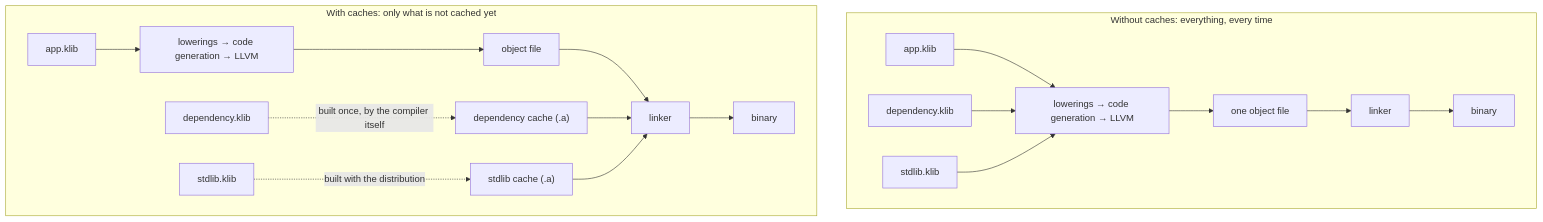
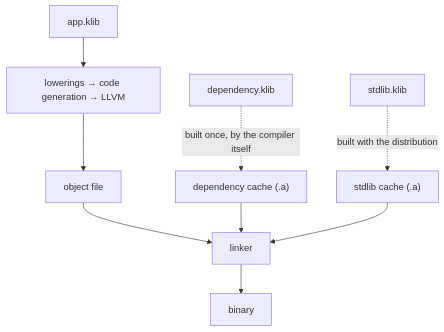
One commit to anton-bannykh/kotlin changed the diagram in docs/native/compiler/caches.md. Above: the diagram before and after it, drawn with Mermaid. The commit also changed other lines of this file and 96 other files, not shown here.

````diff
--- a/docs/native/compiler/caches.md
+++ b/docs/native/compiler/caches.md
@@ -16,15 +18,7 @@
 ```mermaid
 flowchart TD
-    subgraph without ["Without caches: everything, every time"]
-        A1["app.klib"] --> L1["lowerings → code generation → LLVM"]
-        A2["dependency.klib"] --> L1
-        A3["stdlib.klib"] --> L1
-        L1 --> O1["one object file"] --> X1["linker"] --> B1["binary"]
-    end
-    subgraph with ["With caches: only what is not cached yet"]
-        C1["app.klib"] --> L2["lowerings → code generation → LLVM"] --> O2["object file"] --> X2["linker"]
-        C2["dependency.klib"] -.->|"built once, by the compiler itself"| K2["dependency cache (.a)"] --> X2
-        C3["stdlib.klib"] -.->|"built with the distribution"| K3["stdlib cache (.a)"] --> X2
-        X2 --> B2["binary"]
-    end
+    C1["app.klib"] --> L2["lowerings → code generation → LLVM"] --> O2["object file"] --> X2["linker"]
+    C2["dependency.klib"] -.->|"built once, by the compiler itself"| K2["dependency cache (.a)"] --> X2
+    C3["stdlib.klib"] -.->|"built with the distribution"| K3["stdlib cache (.a)"] --> X2
+    X2 --> B2["binary"]
 ```
````
